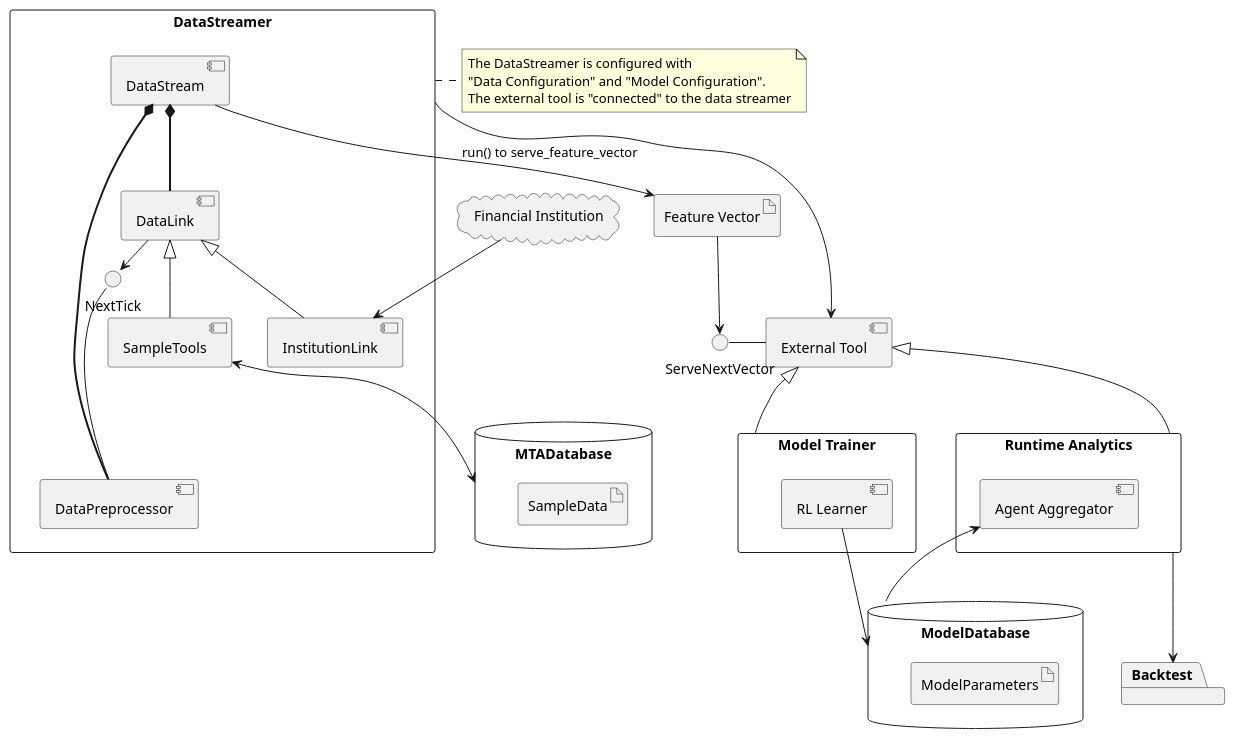
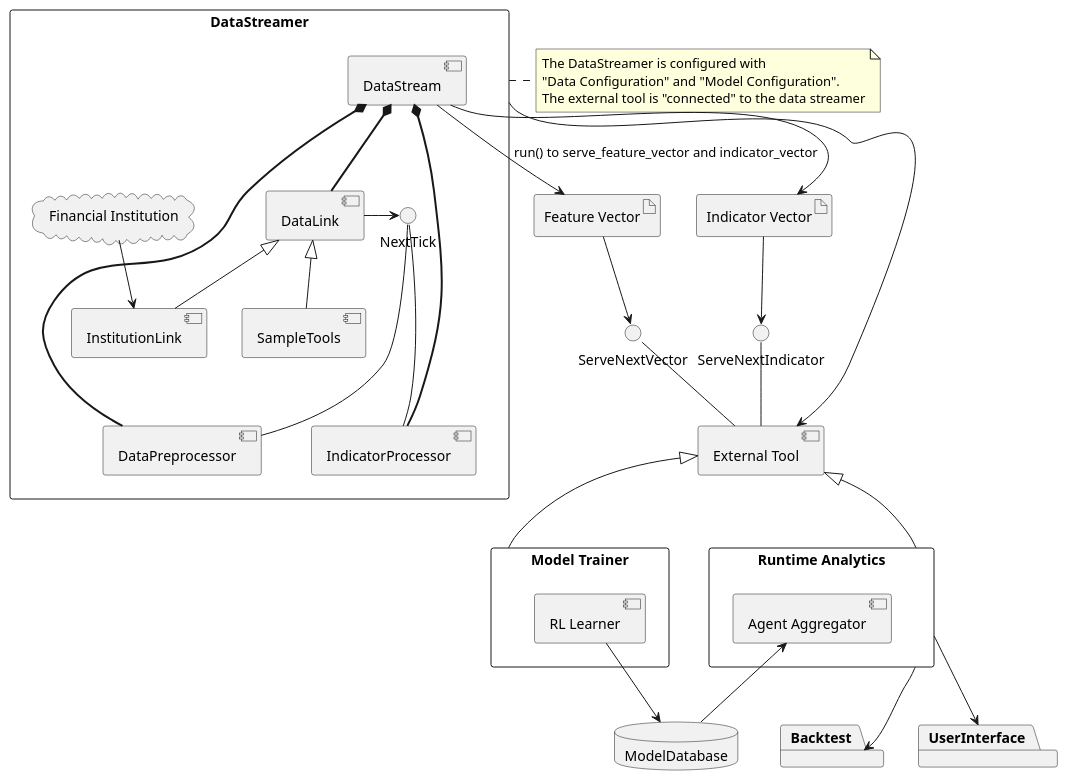
The diagram in BerlinProject/docs/puml/mlf_system.puml (yersiniasGhost/berlin), drawn with PlantUML before and after one commit. The commit also changed 27 other files, not shown here.

Commit message:
Refactored code to avoid circular dependencies.  Updated Profile to be Model.  Added Indicator config and processor.

```diff
--- a/BerlinProject/docs/puml/mlf_system.puml
+++ b/BerlinProject/docs/puml/mlf_system.puml
@@ -1,71 +1,78 @@
 @startuml
 'skinparam linetype ortho
 skinparam packageStyle rectangle
 top to bottom direction
 
-cloud "Financial Institution" {
-}
 
-database MTADatabase  {
-    artifact SampleData
-}
 
 package DataStreamer  {
-    NextTick - [DataPreprocessor]
     [SampleTools]
     [InstitutionLink]
     component DataPreprocessor {
     }
-    
+    component IndicatorProcessor {
+    }
+    NextTick - [DataPreprocessor]
+    NextTick - [IndicatorProcessor]
+
     [DataStream]
     DataStream *== [DataPreprocessor]
+    DataStream *== [IndicatorProcessor]
     DataStream *== [DataLink]
 
     SampleTools -[hidden]-> [DataPreprocessor]
+    SampleTools -[hidden]-> [IndicatorProcessor]
     InstitutionLink -[hidden]-> [DataPreprocessor]
 
     [DataLink]
     [InstitutionLink] -up-|> [DataLink]
     [SampleTools] -up-|> [DataLink]
     [DataLink] -> NextTick
+    cloud "Financial Institution" {
+    }
+    "Financial Institution" --> InstitutionLink
+
 }
 
 
 note right of DataStreamer
     The DataStreamer is configured with
     "Data Configuration" and "Model Configuration".
     The external tool is "connected" to the data streamer
 end note
 
-"Financial Institution" --> InstitutionLink
-SampleTools <--> MTADatabase
 
 artifact "Feature Vector" as fv
-DataStream -down-> fv : "run() to serve_feature_vector"
+DataStream -down-> fv : "run() to serve_feature_vector and indicator_vector"
+
+artifact "Indicator Vector" as iv
+DataStream -down-> iv
 
 component "External Tool"
 
 DataStreamer --> "External Tool"
 
 package "Model Trainer" {
     [RL Learner]
 }
 package "Runtime Analytics" {
     [Agent Aggregator]
 }
 package Backtest
+package UserInterface
 
-
-"Runtime Analytics" -up-|> [External Tool]
-"Model Trainer" -up-|> [External Tool]
-ServeNextVector - [External Tool]
+"Runtime Analytics" -up-|> "External Tool"
+"Model Trainer" -up-|> "External Tool"
+ServeNextVector - "External Tool"
+ServeNextIndicator -down- "External Tool"
 fv -down-> ServeNextVector
+iv -down-> ServeNextIndicator
 
 "Runtime Analytics" -down-> Backtest
+"Runtime Analytics" -down-> UserInterface
 
 database ModelDatabase {
-    artifact ModelParameters
 }
 [RL Learner] -down-> ModelDatabase
 ModelDatabase -up-> [Agent Aggregator]
 @end
```
